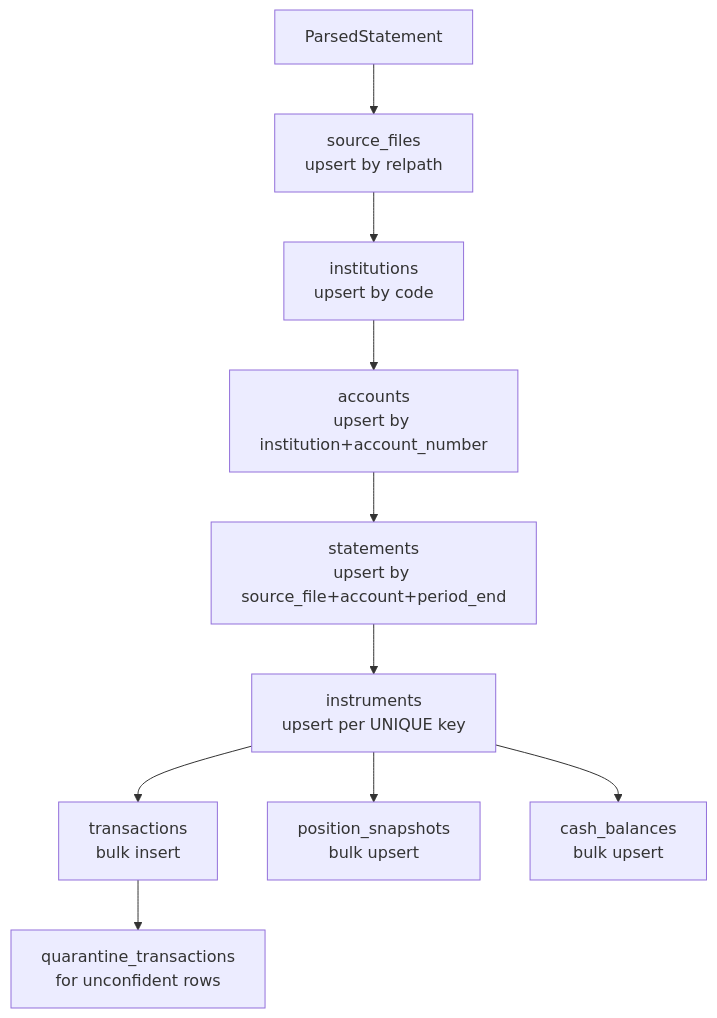
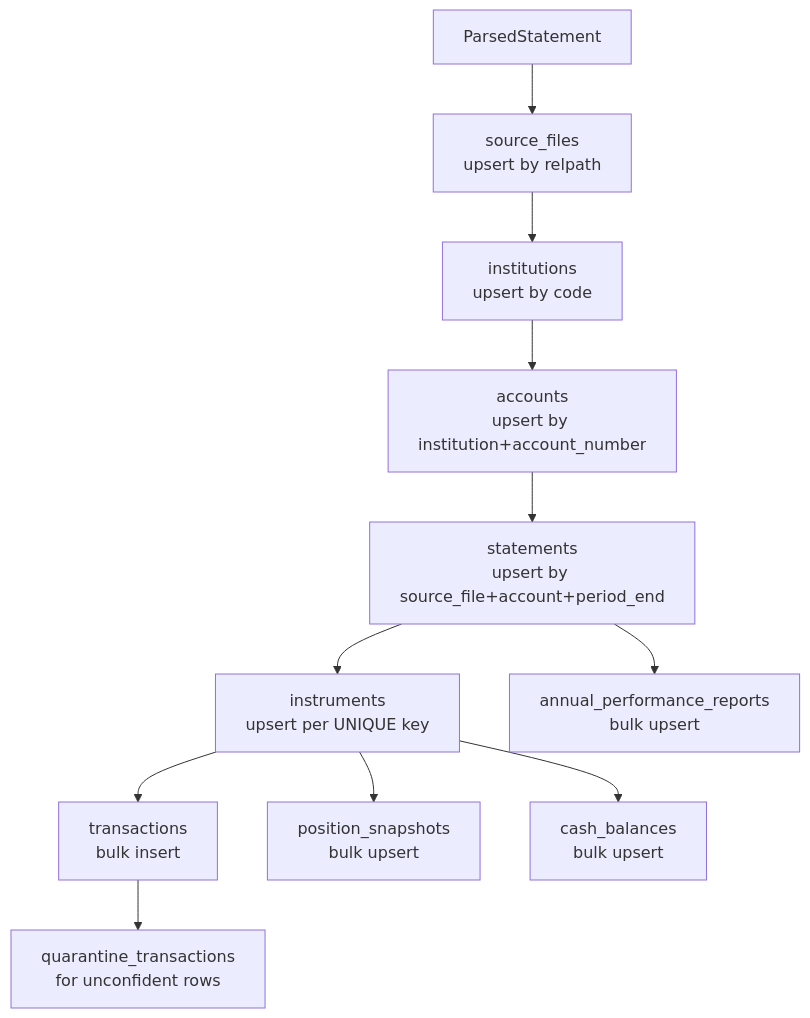
Before and after one commit to chanmainvest/trade_history: the sixth of 9 diagrams in spec/ARCHITECTURE.md, drawn with Mermaid. The commit also changed other lines of this file and 37 other files, not shown here.

````diff
--- a/spec/ARCHITECTURE.md
+++ b/spec/ARCHITECTURE.md
@@ -568,12 +610,13 @@
 ```mermaid
 flowchart TD
     PS[ParsedStatement] --> SF[source_files\nupsert by relpath]
     SF --> INS[institutions\nupsert by code]
     INS --> ACC[accounts\nupsert by institution+account_number]
     ACC --> STM[statements\nupsert by source_file+account+period_end]
     STM --> INST[instruments\nupsert per UNIQUE key]
     INST --> TXN[transactions\nbulk insert]
     INST --> SNAP[position_snapshots\nbulk upsert]
     INST --> CASH[cash_balances\nbulk upsert]
+    STM --> PERF[annual_performance_reports\nbulk upsert]
     TXN --> QUAR[quarantine_transactions\nfor unconfident rows]
 ```
````
